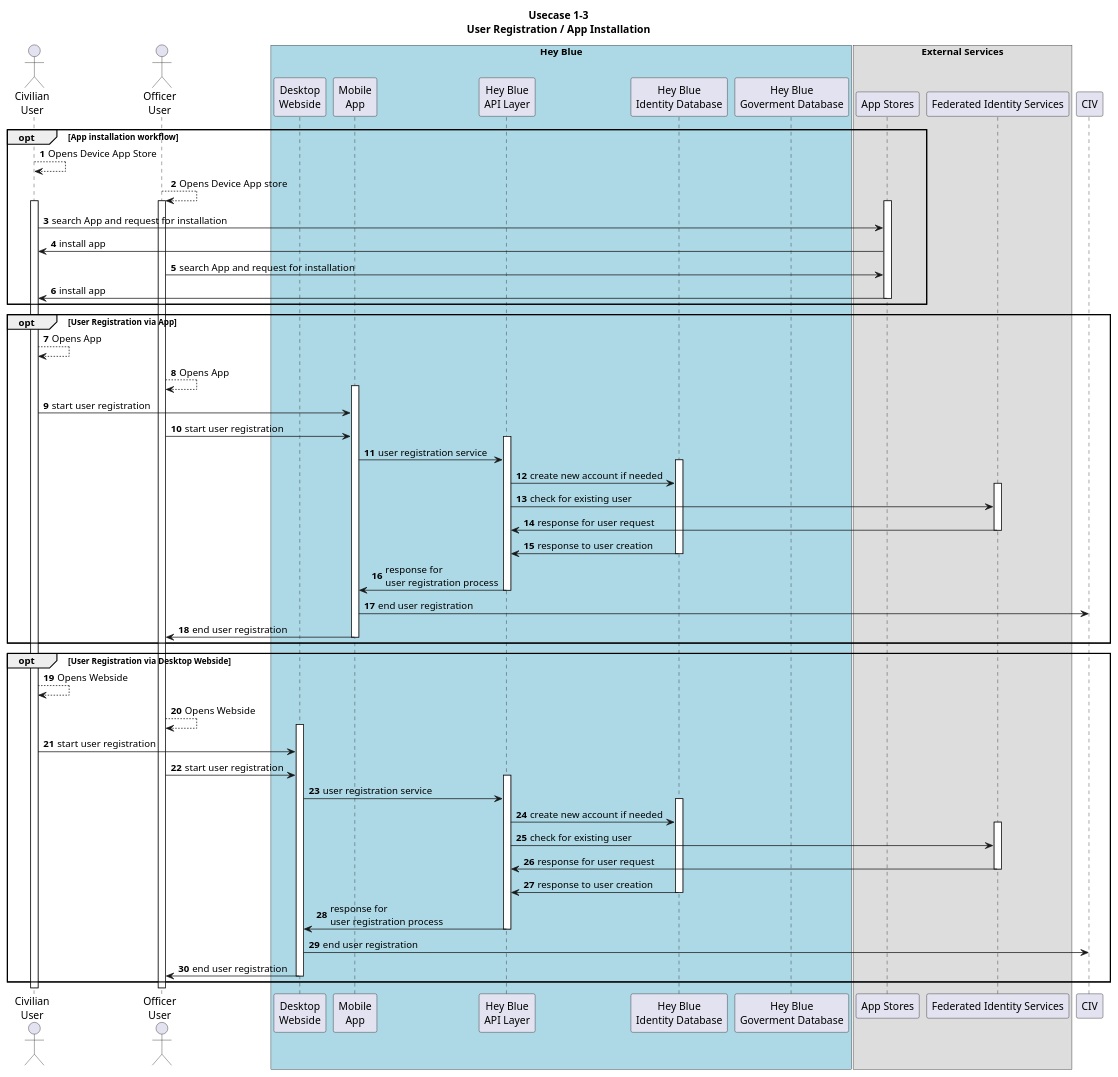
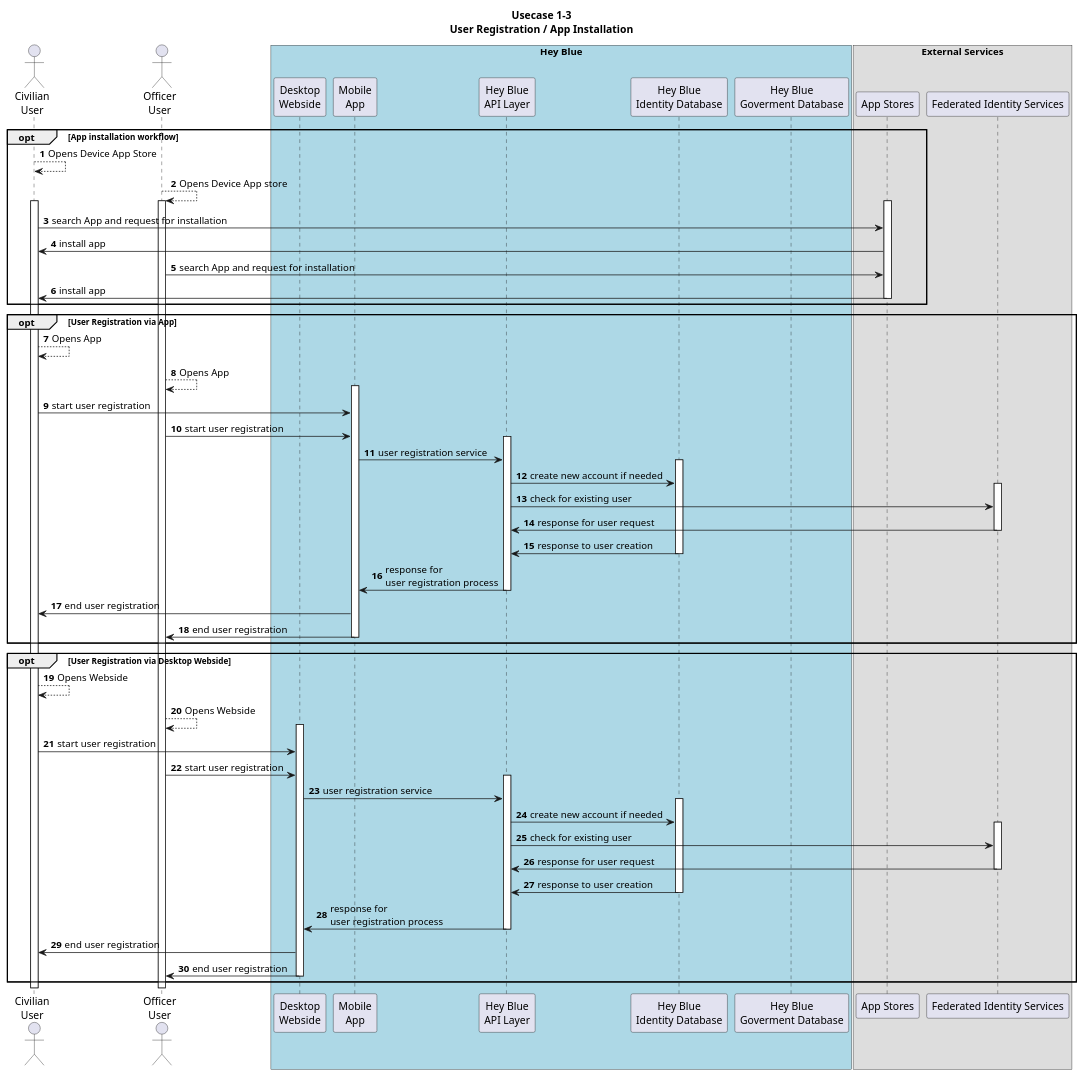
The diagram in WiP/Usecases/1-3/1-3.puml (MinniMieze/HeyBlue), drawn with PlantUML before and after one commit.

```diff
--- a/WiP/Usecases/1-3/1-3.puml
+++ b/WiP/Usecases/1-3/1-3.puml
@@ -1,99 +1,99 @@
 @startuml  App Installation & User Registration
 
 title
 Usecase 1-3
 User Registration / App Installation
 end title
 
 autonumber
 
 actor Civ as "Civilian\nUser"
 actor Off as "Officer\nUser"
 
 box "Hey Blue" #Lightblue
     participant Desktop as "Desktop\nWebside"
     participant Mobile as "Mobile\nApp"
 
     participant API_Layer as "Hey Blue\nAPI Layer"
 
     participant ID_DB as "Hey Blue\nIdentity Database"
     participant GOV_DB as "Hey Blue\nGoverment Database"
 end box
 
 box "External Services" 
     participant Appstore as "App Stores"
     participant FIS as "Federated Identity Services"
 end box
 
 '##### App Installation
 
 opt App installation workflow
 Civ --> Civ : Opens Device App Store
 Off --> Off : Opens Device App store
  activate Civ
  activate Off
     activate Appstore
     Civ -> Appstore : search App and request for installation
     Appstore -> Civ : install app
     Off -> Appstore : search App and request for installation
     Appstore -> Civ : install app
     deactivate Appstore 
 end
 
 
 '###### User Registration
 
 opt User Registration via App
 Civ --> Civ : Opens App
 Off --> Off : Opens App
     activate Mobile
     Civ -> Mobile : start user registration
     Off -> Mobile : start user registration
         activate API_Layer 
         Mobile -> API_Layer : user registration service
             activate ID_DB
             API_Layer -> ID_DB : create new account if needed
                 activate FIS
                 API_Layer -> FIS : check for existing user
                 FIS -> API_Layer : response for user request
                 deactivate FIS
             ID_DB -> API_Layer : response to user creation
             deactivate ID_DB
         API_Layer -> Mobile : response for \nuser registration process
         deactivate API_Layer
-    Mobile -> CIV : end user registration
+    Mobile -> Civ : end user registration
     Mobile -> Off : end user registration
     deactivate Mobile
 end
 
 
 opt User Registration via Desktop Webside
 Civ --> Civ : Opens Webside
 Off --> Off : Opens Webside
    activate Desktop
     Civ -> Desktop : start user registration
     Off -> Desktop : start user registration
         activate API_Layer 
         Desktop -> API_Layer : user registration service
             activate ID_DB
             API_Layer -> ID_DB : create new account if needed
                 activate FIS
                 API_Layer -> FIS : check for existing user
                 FIS -> API_Layer : response for user request
                 deactivate FIS
             ID_DB -> API_Layer : response to user creation
             deactivate ID_DB
         API_Layer -> Desktop : response for \nuser registration process
         deactivate API_Layer
-    Desktop -> CIV : end user registration
+    Desktop -> Civ : end user registration
     Desktop -> Off : end user registration
     deactivate Desktop
 end
 
 
 
 '###### missing
 ' Fill the gov DB or manual check via Admin GUI
 ' Check Gov User against Gov DB
 
 @enduml 
```
